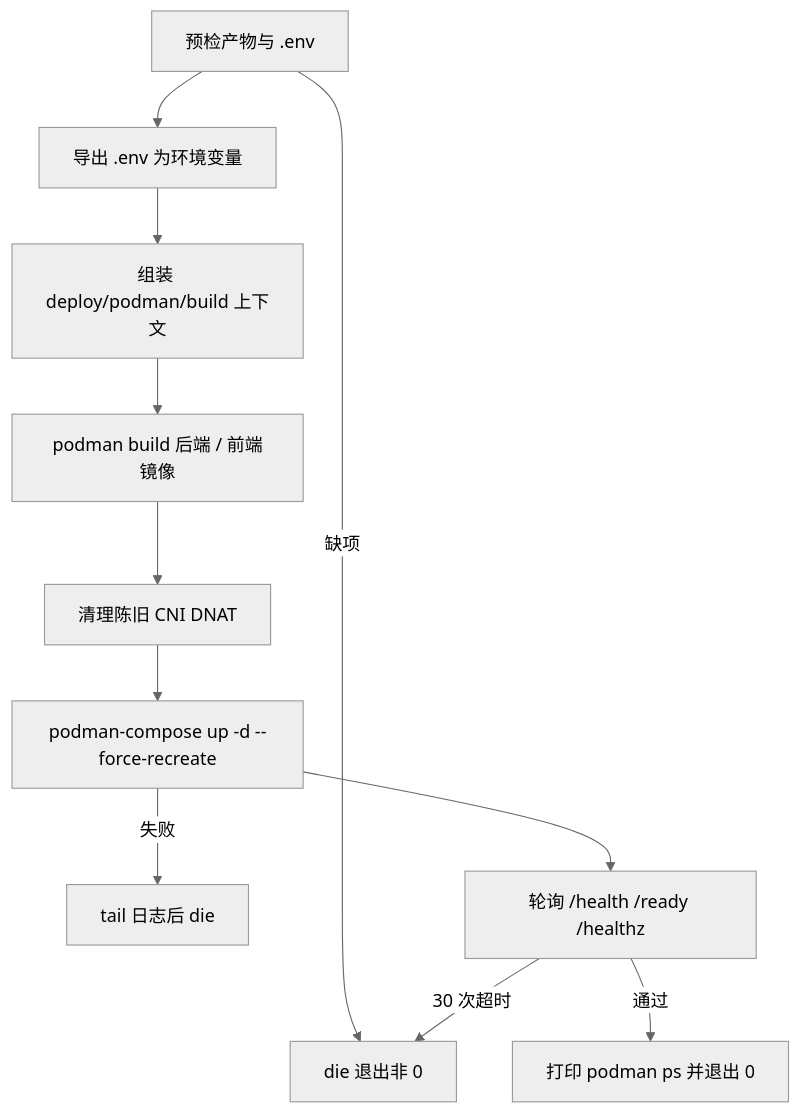
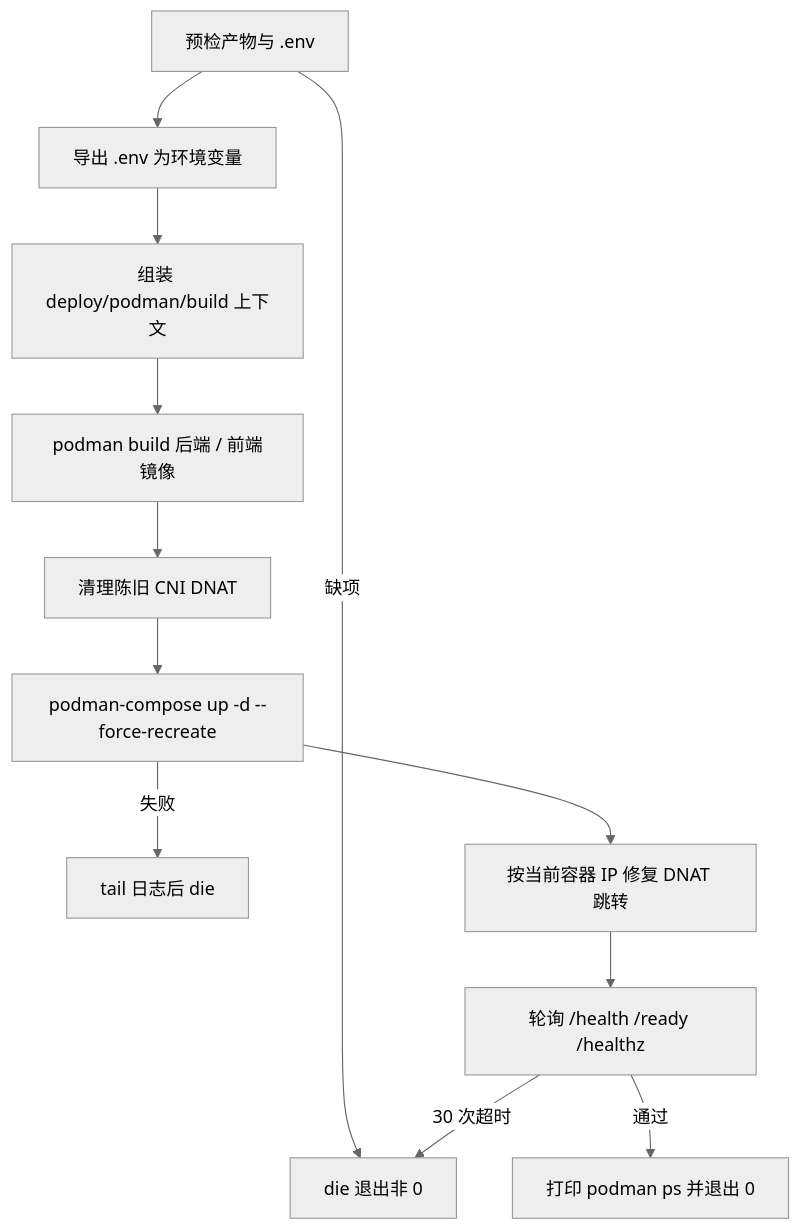
The second of 2 diagrams in doc/deploy.md (2132691342/NovelWorkbench), drawn with Mermaid (neutral theme) before and after one commit. The commit also changed other lines of this file and 28 other files, not shown here.

````diff
--- a/doc/deploy.md
+++ b/doc/deploy.md
@@ -281,13 +282,14 @@
 ```mermaid
 flowchart TD
   A["预检产物与 .env"] -->|"缺项"| X["die 退出非 0"]
   A --> B["导出 .env 为环境变量"]
   B --> C["组装 deploy/podman/build 上下文"]
   C --> D["podman build 后端 / 前端镜像"]
   D --> E["清理陈旧 CNI DNAT"]
   E --> F["podman-compose up -d --force-recreate"]
   F -->|"失败"| Y["tail 日志后 die"]
-  F --> G["轮询 /health /ready /healthz"]
+  F --> F2["按当前容器 IP 修复 DNAT 跳转"]
+  F2 --> G["轮询 /health /ready /healthz"]
   G -->|"通过"| H["打印 podman ps 并退出 0"]
   G -->|"30 次超时"| X
 ```
````
